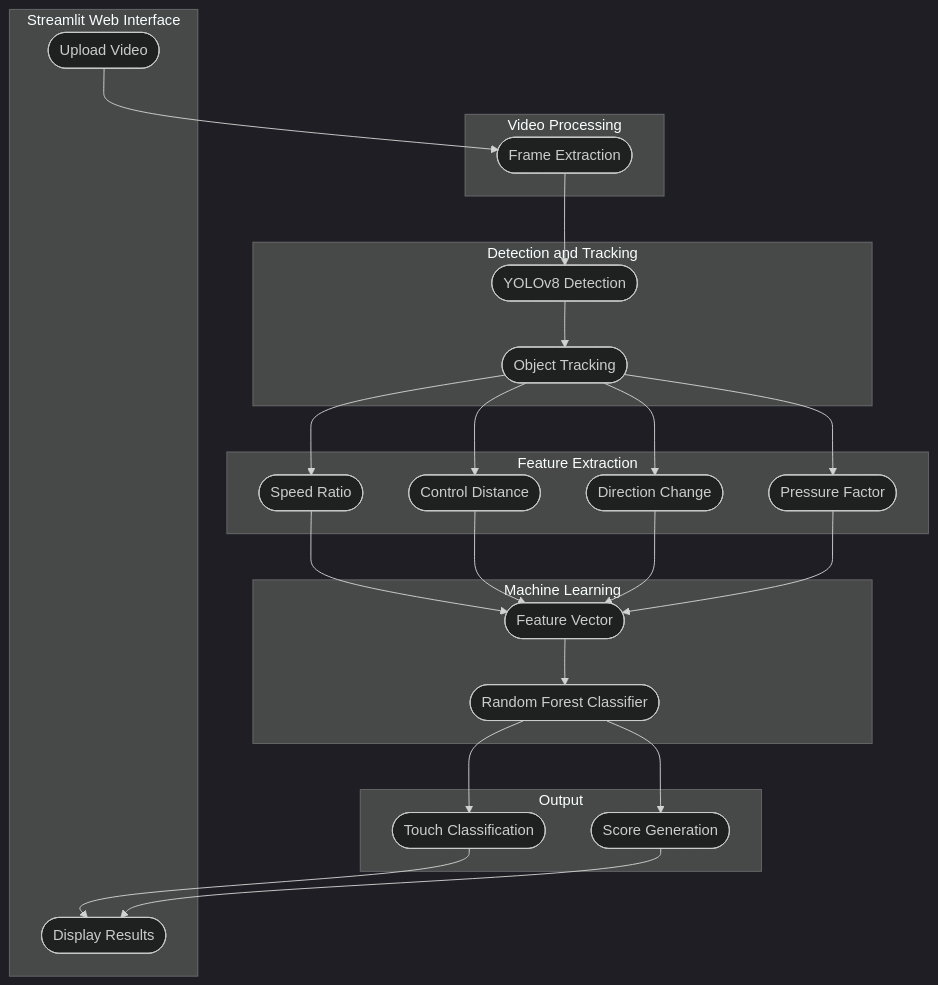
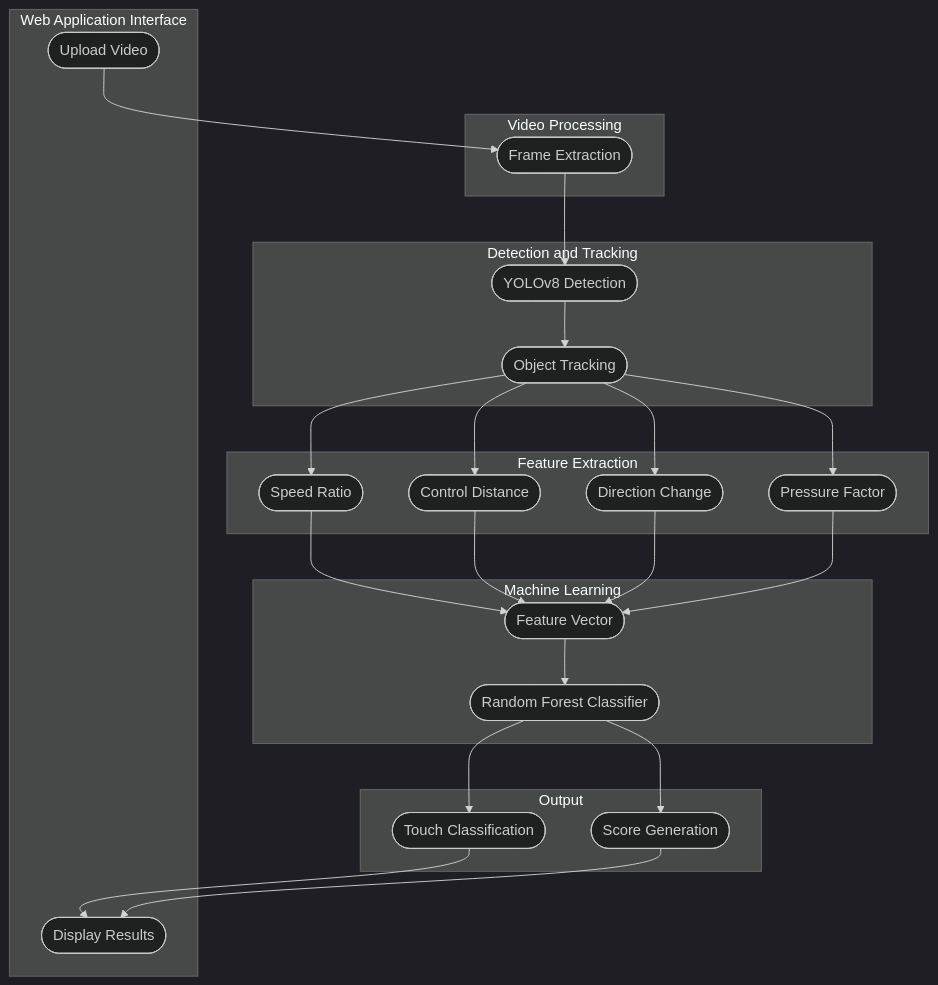
Before and after one commit to BodanampatiMohith/Microanamoly-Detection: the diagram in README.md, drawn with Mermaid (dark theme). The commit also changed other lines of this file and 1 other file, not shown here.

Commit message:
docs: replace Streamlit references with web app interface

````diff
--- a/README.md
+++ b/README.md
@@ -25,54 +25,54 @@
 ```mermaid
 flowchart TD
     subgraph VP[Video Processing]
         FE([Frame Extraction])
     end
 
     subgraph DT[Detection and Tracking]
         YD([YOLOv8 Detection])
         OT([Object Tracking])
     end
 
     subgraph FX[Feature Extraction]
         SR([Speed Ratio])
         CD([Control Distance])
         DC([Direction Change])
         PF([Pressure Factor])
     end
 
     subgraph ML[Machine Learning]
         FV([Feature Vector])
         RF([Random Forest Classifier])
     end
 
     subgraph OUT[Output]
         TC([Touch Classification])
         SG([Score Generation])
     end
 
-    subgraph UI[Streamlit Web Interface]
+    subgraph UI[Web Application Interface]
         UV([Upload Video])
         DR([Display Results])
     end
 
     FE --> YD
     YD --> OT
 
     OT --> SR
     OT --> CD
     OT --> DC
     OT --> PF
 
     SR --> FV
     CD --> FV
     DC --> FV
     PF --> FV
 
     FV --> RF
     RF --> TC
     RF --> SG
 
     UV --> FE
     TC --> DR
     SG --> DR
 ```
````
